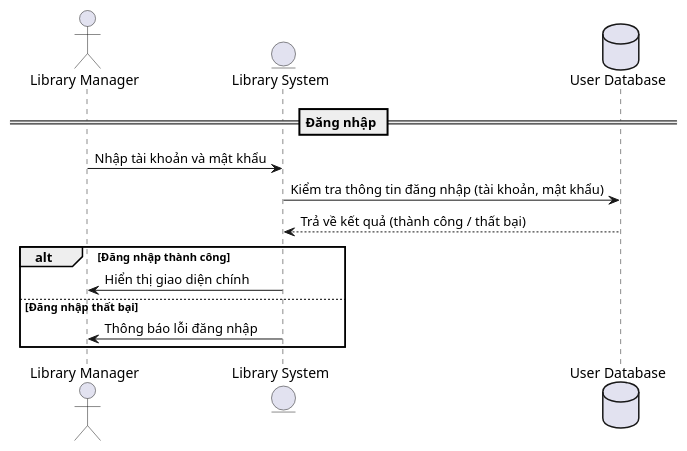
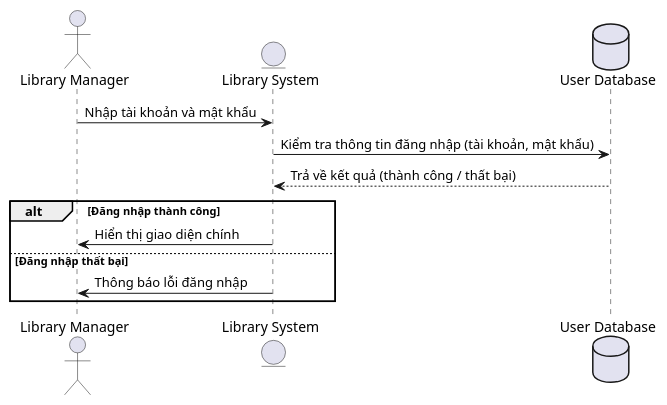
Before and after one commit to DaniGDSC/Diagram: the diagram in use_case/manager/log_in.puml, drawn with PlantUML. The commit also changed 4 other files, not shown here.

```diff
--- a/use_case/manager/log_in.puml
+++ b/use_case/manager/log_in.puml
@@ -1,17 +1,16 @@
 @startuml
 actor "Library Manager" as manager
 entity "Library System" as system
 database "User Database" as db
 
-== Đăng nhập ==
 manager -> system : Nhập tài khoản và mật khẩu
 system -> db : Kiểm tra thông tin đăng nhập (tài khoản, mật khẩu)
 db --> system : Trả về kết quả (thành công / thất bại)
 
 alt Đăng nhập thành công
     system -> manager : Hiển thị giao diện chính
 else Đăng nhập thất bại
     system -> manager : Thông báo lỗi đăng nhập
 end
 
 @enduml
```
